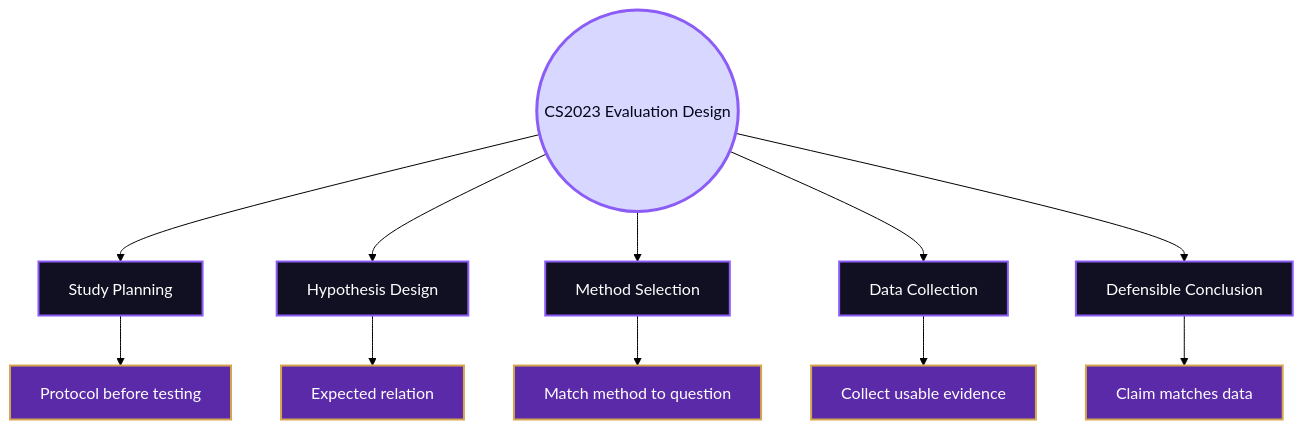
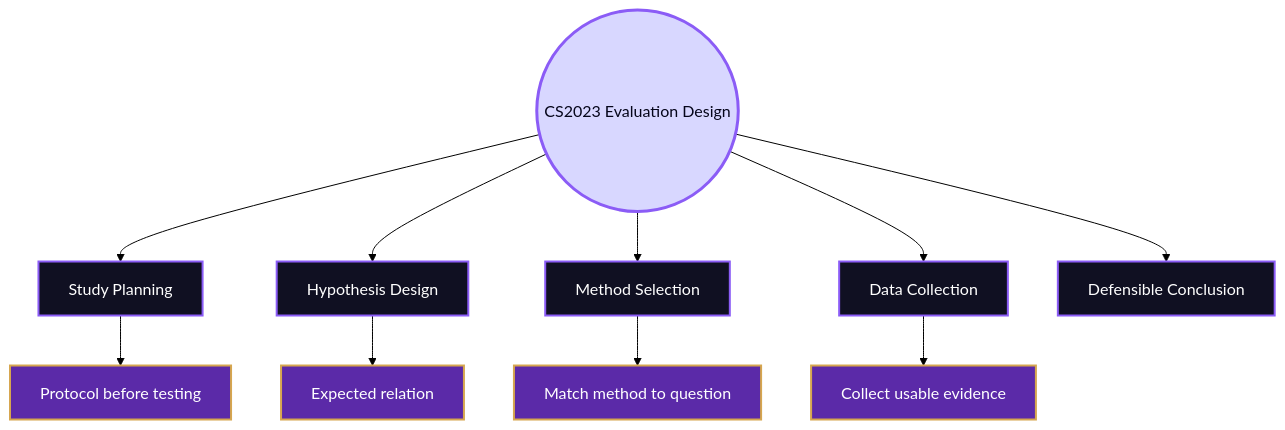
The second of 14 diagrams in 01_Core_Area_HCI/001_Subareas/03_Evaluating_the_Design/Activities/Design.md (andreitegzes06-ui/CogniShire), drawn with Mermaid (forest theme) before and after one commit. The commit also changed other lines of this file and 131 other files, not shown here.

````diff
--- a/01_Core_Area_HCI/001_Subareas/03_Evaluating_the_Design/Activities/Design.md
+++ b/01_Core_Area_HCI/001_Subareas/03_Evaluating_the_Design/Activities/Design.md
@@ -84,24 +82,23 @@
 ```mermaid
 flowchart TB
     A((CS2023 Evaluation Design))
 
     A --> B[Study Planning]
     A --> C[Hypothesis Design]
     A --> D[Method Selection]
     A --> E[Data Collection]
     A --> F[Defensible Conclusion]
 
     B --> B1[Protocol before testing]
     C --> C1[Expected relation]
     D --> D1[Match method to question]
     E --> E1[Collect usable evidence]
-    F --> F1[Claim matches data]
 
     classDef center fill:#d8d7ff,stroke:#8b5cf6,color:#05051a,stroke-width:3px;
     classDef stage fill:#101022,stroke:#8b5cf6,color:#ffffff,stroke-width:2px;
     classDef detail fill:#5b2aa8,stroke:#d6a64f,color:#ffffff,stroke-width:2px;
 
     class A center;
     class B,C,D,E,F stage;
     class B1,C1,D1,E1,F1 detail;
 ```
````
